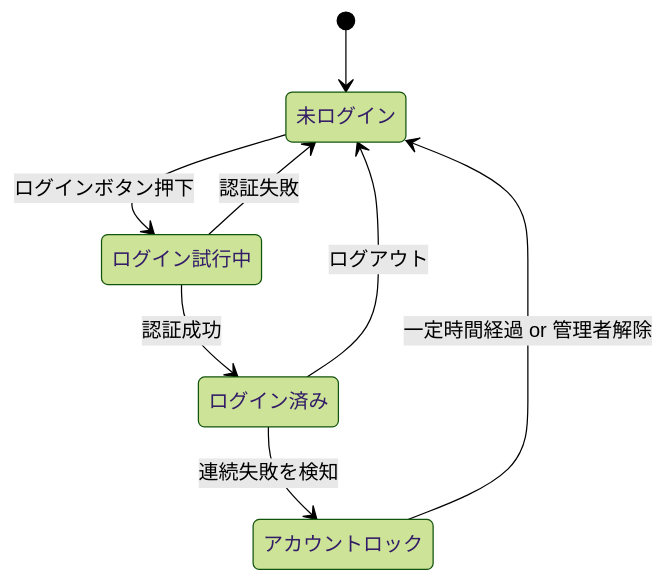
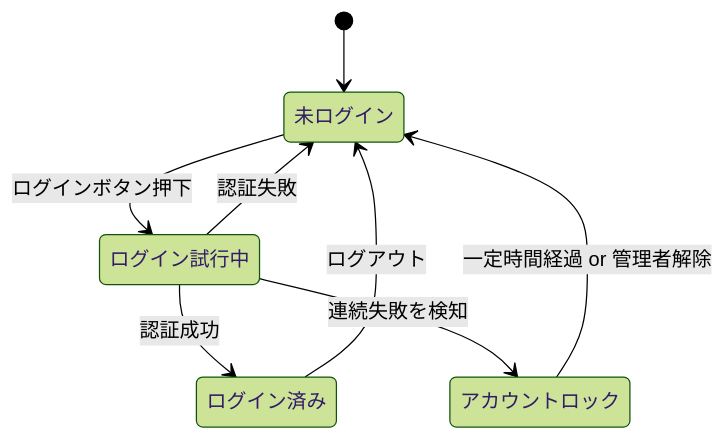
The seventh of 8 diagrams in archive/html-archive/books/Explore-it-guide.md (myoshi2891/Quality-Assurance-Studies), drawn with Mermaid (forest theme) before and after one commit. The commit also changed 2 other files, not shown here.

Commit message:
fix(explore-it): correct state transition diagram and async test assertions
- Fix state diagram transition from login in progress to account lock on consecutive failures
- Wait for mock-mermaid SVG rendering using waitFor in page tests

````diff
--- a/archive/html-archive/books/Explore-it-guide.md
+++ b/archive/html-archive/books/Explore-it-guide.md
@@ -305,10 +305,10 @@
 ```mermaid
 stateDiagram-v2
     [*] --> 未ログイン
     未ログイン --> ログイン試行中: ログインボタン押下
     ログイン試行中 --> ログイン済み: 認証成功
     ログイン試行中 --> 未ログイン: 認証失敗
     ログイン済み --> 未ログイン: ログアウト
-    ログイン済み --> アカウントロック: 連続失敗を検知
+    ログイン試行中 --> アカウントロック: 連続失敗を検知
     アカウントロック --> 未ログイン: 一定時間経過 or 管理者解除
 ```
````
